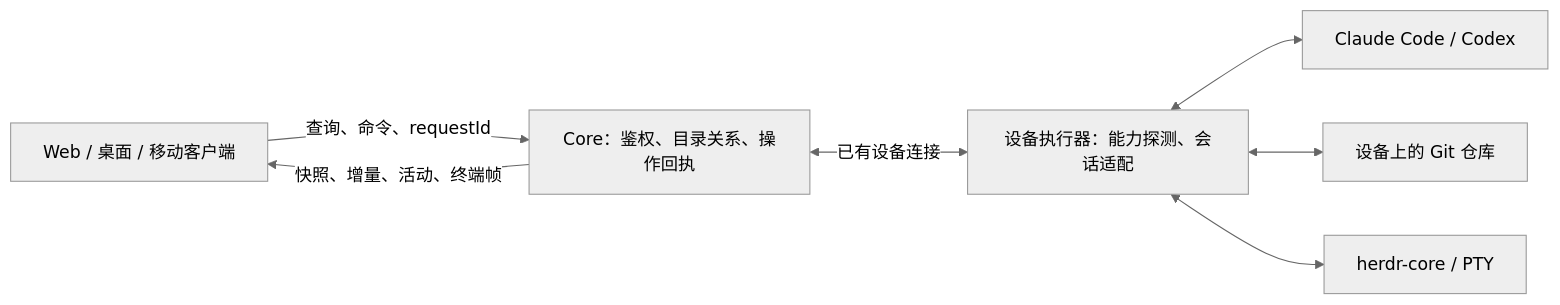
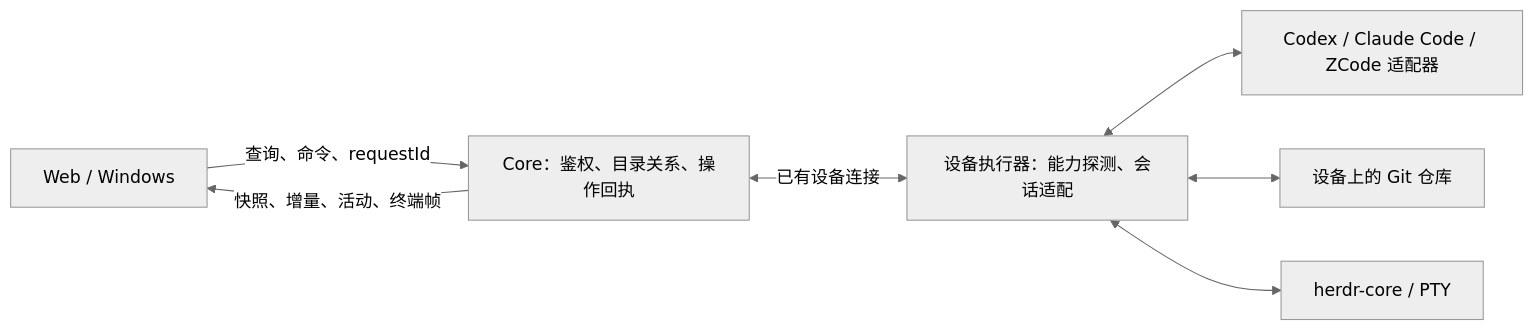
Before and after one commit to DarrenHoo-10/nex_bot: the diagram in docs/design/nexagent-workbench-v1.md, drawn with Mermaid (neutral theme). The commit also changed other lines of this file and 1 other file, not shown here.

Commit message:
细化 NexAgent 三个 Harness 的双端 MVP 实施方案

````diff
--- a/docs/design/nexagent-workbench-v1.md
+++ b/docs/design/nexagent-workbench-v1.md
@@ -59,9 +61,9 @@
 ```mermaid
 flowchart LR
-  UI["Web / 桌面 / 移动客户端"] -->|"查询、命令、requestId"| Core["Core：鉴权、目录关系、操作回执"]
+  UI["Web / Windows"] -->|"查询、命令、requestId"| Core["Core：鉴权、目录关系、操作回执"]
   Core -->|"快照、增量、活动、终端帧"| UI
   Core <-->|"已有设备连接"| Device["设备执行器：能力探测、会话适配"]
-  Device <--> Harness["Claude Code / Codex"]
+  Device <--> Harness["Codex / Claude Code / ZCode 适配器"]
   Device <--> Git["设备上的 Git 仓库"]
   Device <--> PTY["herdr-core / PTY"]
 ```
````
